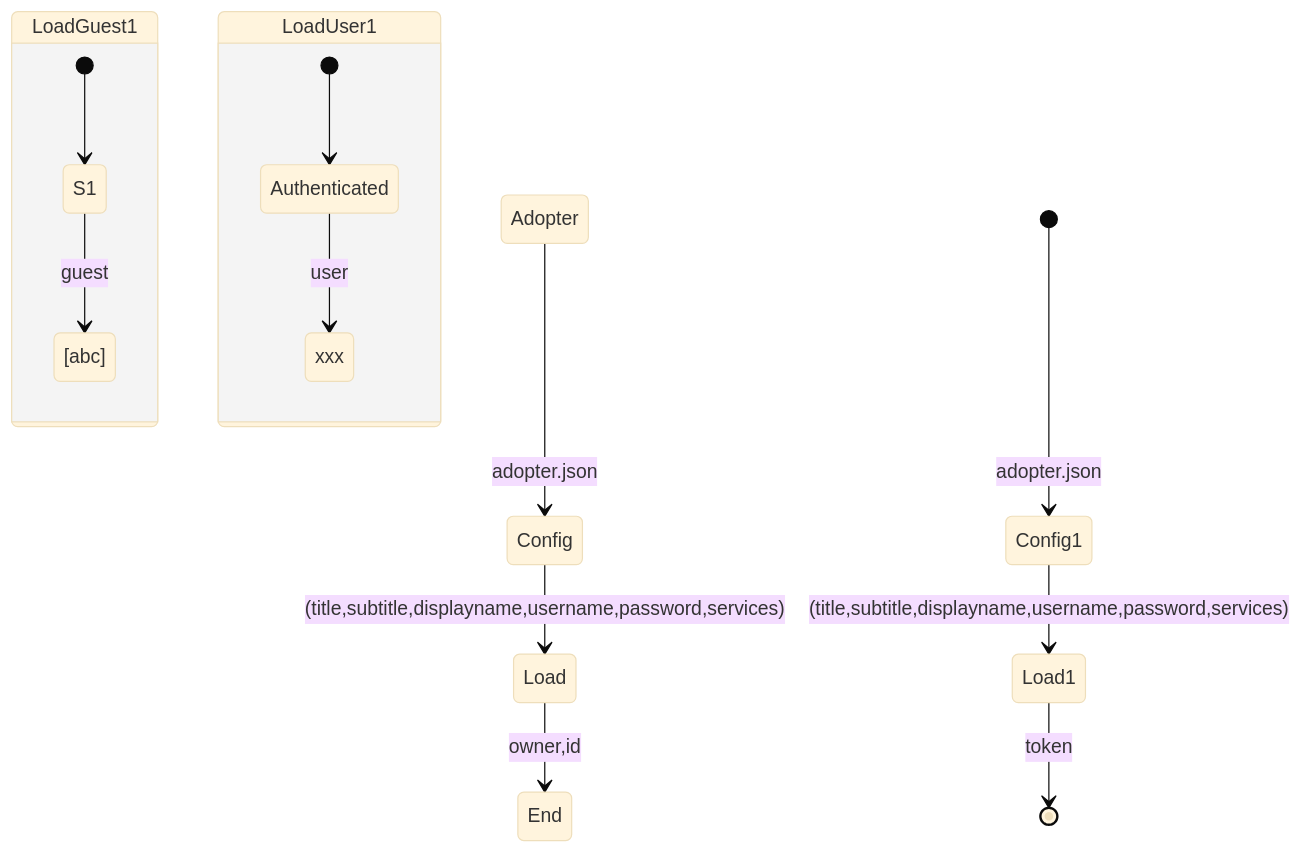
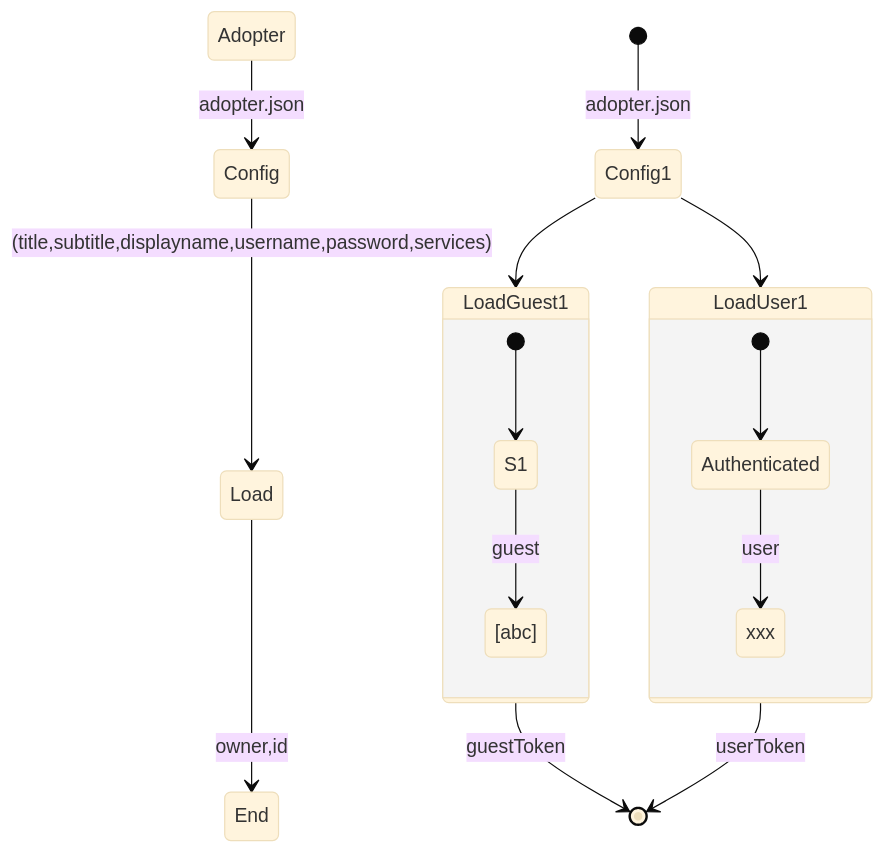
One commit to Wilfongjt/lb-A changed the first of 4 diagrams in README.md. Above: the diagram before and after it, drawn with Mermaid.

````diff
--- a/README.md
+++ b/README.md
@@ -5,27 +5,29 @@
 ```mermaid
 %%{init: {'securityLevel': 'loose', 'theme':'base'}}%%
 stateDiagram
  
 
  
     
     
     state LoadGuest1 {
         [*] --> S1
         S1 --> [abc] : guest
 
     }
     state LoadUser1 {
        
         [*] --> Authenticated
         Authenticated --> xxx : user
     }
  
     Adopter --> Config : adopter.json
     Config --> Load : (title,subtitle,displayname,username,password,services)
     Load --> End : owner,id
  
     [*] --> Config1 : adopter.json
-    Config1 --> Load1 : (title,subtitle,displayname,username,password,services)
-    Load1 --> [*] : token
+    Config1 --> LoadGuest1 
+    Config1 --> LoadUser1
+    LoadGuest1 --> [*] : guestToken
+    LoadUser1 --> [*] : userToken
 ```
````
